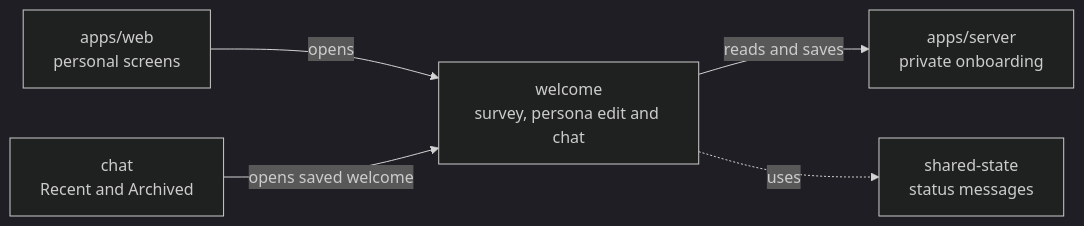
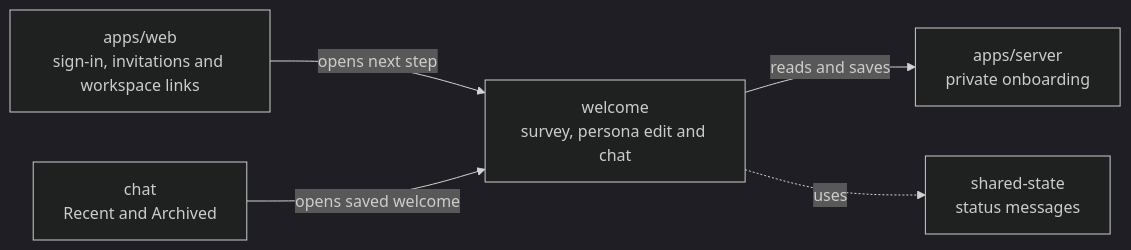
The diagram in apps/web/src/app/welcome/README.md (elewa-git/opencrane-new), drawn with Mermaid (dark theme) before and after one commit. The commit also changed other lines of this file and 144 other files, not shown here.

````diff
--- a/apps/web/src/app/welcome/README.md
+++ b/apps/web/src/app/welcome/README.md
@@ -14,7 +14,7 @@
 ```mermaid
 flowchart LR
-  web["apps/web<br/>personal screens"] -->|opens| welcome["welcome<br/>survey, persona edit and chat"]
+  web["apps/web<br/>sign-in, invitations and workspace links"] -->|opens next step| welcome["welcome<br/>survey, persona edit and chat"]
   welcome -->|reads and saves| server["apps/server<br/>private onboarding"]
   chat["chat<br/>Recent and Archived"] -->|opens saved welcome| welcome
   welcome -.->|uses| state["shared-state<br/>status messages"]
 ```
````
